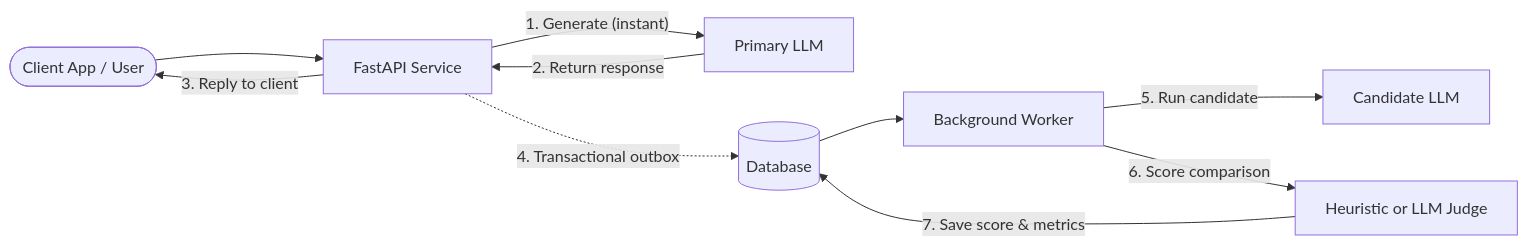
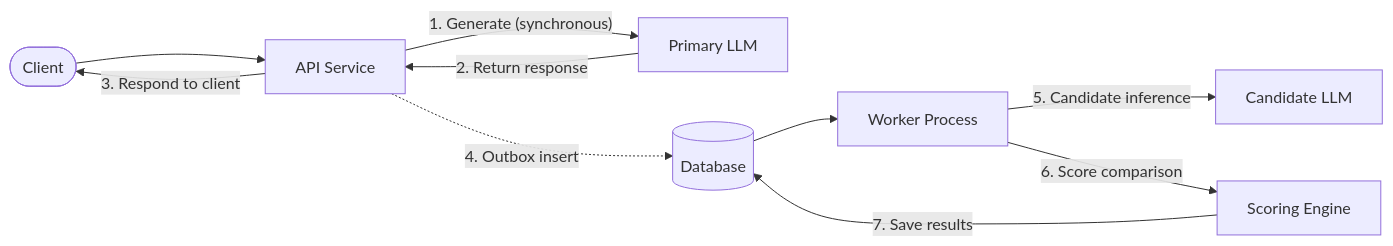
One commit to srikrishna0130/LLM_Evaluator changed the diagram in README.md. Above: the diagram before and after it, drawn with Mermaid. The commit also changed other lines of this file and 1 other file, not shown here.

````diff
--- a/README.md
+++ b/README.md
@@ -57,12 +37,12 @@
 ```mermaid
 flowchart LR
-    Client(["Client App / User"]) --> API["FastAPI Service"]
-    API -->|"1. Generate (instant)"| Primary["Primary LLM"]
+    Client(["Client"]) --> API["API Service"]
+    API -->|"1. Generate (synchronous)"| Primary["Primary LLM"]
     Primary -->|"2. Return response"| API
-    API -->|"3. Reply to client"| Client
-    API -.->|"4. Transactional outbox"| DB[("Database")]
-    DB --> Worker["Background Worker"]
-    Worker -->|"5. Run candidate"| Candidate["Candidate LLM"]
-    Worker -->|"6. Score comparison"| Scorer["Heuristic or LLM Judge"]
-    Scorer -->|"7. Save score & metrics"| DB
+    API -->|"3. Respond to client"| Client
+    API -.->|"4. Outbox insert"| DB[("Database")]
+    DB --> Worker["Worker Process"]
+    Worker -->|"5. Candidate inference"| Candidate["Candidate LLM"]
+    Worker -->|"6. Score comparison"| Scorer["Scoring Engine"]
+    Scorer -->|"7. Save results"| DB
 ```
````
